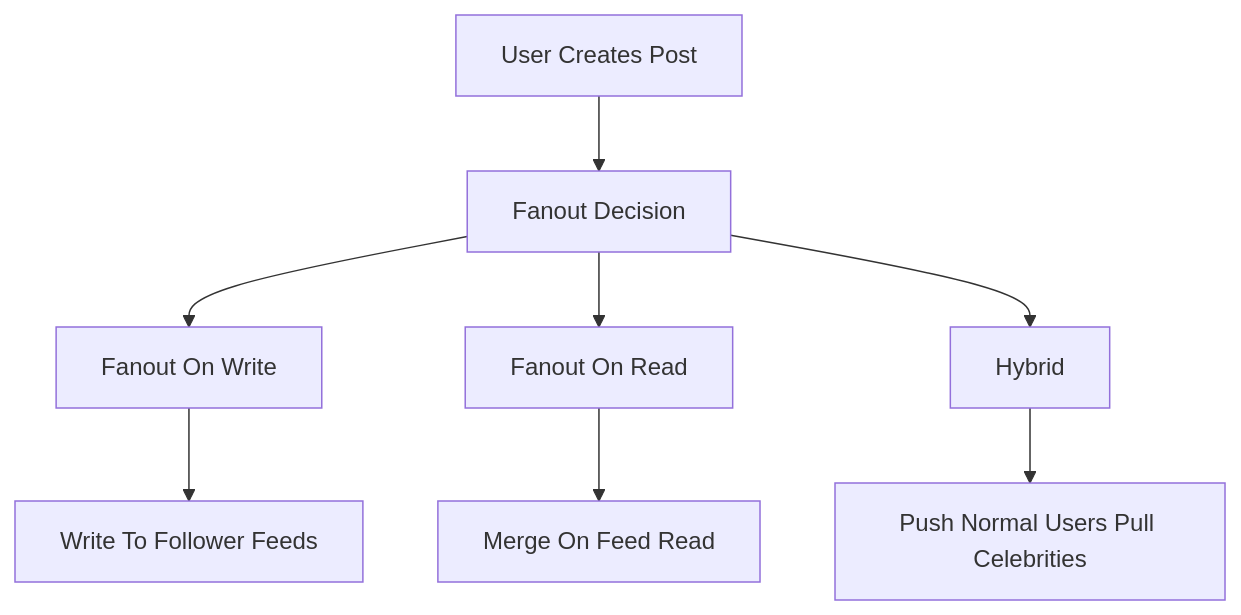
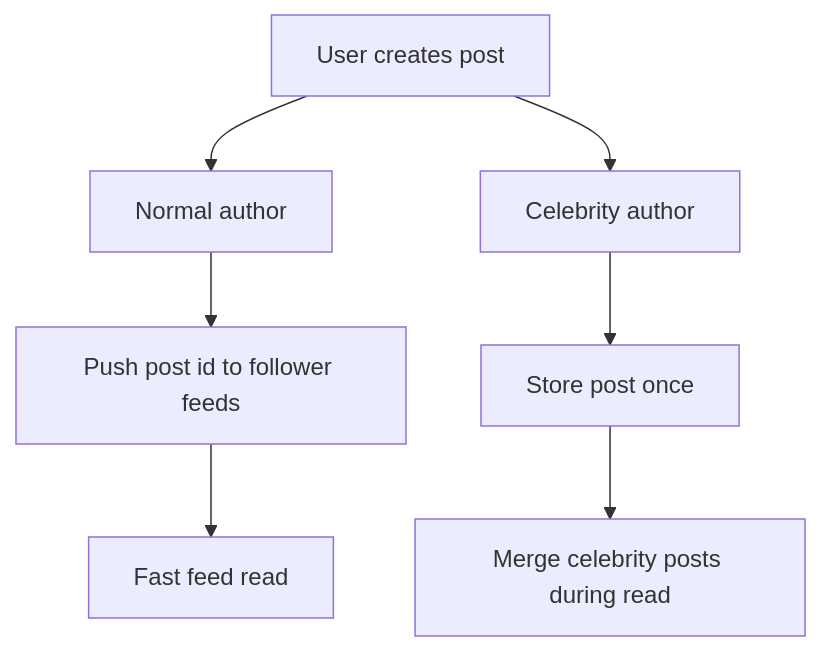
One commit to mthaiseer/springcloud-systemdesign-notes changed the second of 16 diagrams in HLD_NOTES/002_TYPES_OF_INTERVIEWS/000_All_types_quick_reference.md. Above: the diagram before and after it, drawn with Mermaid. The commit also changed other lines of this file and 1 other file, not shown here.

````diff
--- a/HLD_NOTES/002_TYPES_OF_INTERVIEWS/000_All_types_quick_reference.md
+++ b/HLD_NOTES/002_TYPES_OF_INTERVIEWS/000_All_types_quick_reference.md
@@ -146,10 +215,16 @@
 ```mermaid
 flowchart TD
-  A[User Creates Post] --> B[Fanout Decision]
-  B --> C[Fanout On Write]
-  B --> D[Fanout On Read]
-  B --> E[Hybrid]
-  C --> F[Write To Follower Feeds]
-  D --> G[Merge On Feed Read]
-  E --> H[Push Normal Users Pull Celebrities]
+  A[User creates post]
+  B[Normal author]
+  C[Celebrity author]
+  D[Push post id to follower feeds]
+  E[Store post once]
+  F[Fast feed read]
+  G[Merge celebrity posts during read]
+  A --> B
+  A --> C
+  B --> D
+  D --> F
+  C --> E
+  E --> G
 ```
````
